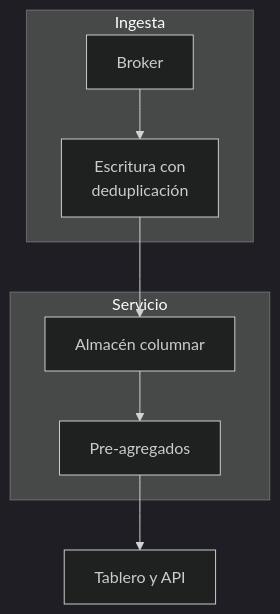
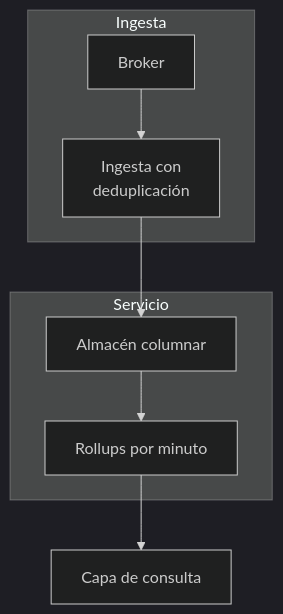
The third of 3 diagrams in content/architectures/real-time-analytics-architecture.md (fcp4891/de-knowledge-hub), drawn with Mermaid (dark theme) before and after one commit. The commit also changed other lines of this file and 13 other files, not shown here.

````diff
--- a/content/architectures/real-time-analytics-architecture.md
+++ b/content/architectures/real-time-analytics-architecture.md
@@ -157,15 +158,15 @@
 ```mermaid
 flowchart TB
   subgraph ING["Ingesta"]
     B["Broker"]
-    P["Escritura con<br/>deduplicación"]
+    P["Ingesta con<br/>deduplicación"]
   end
   subgraph SRV["Servicio"]
     A["Almacén columnar"]
-    M["Pre-agregados"]
+    M["Rollups por minuto"]
   end
   B --> P
   P --> A
   A --> M
-  M --> D["Tablero y API"]
+  M --> D["Capa de consulta"]
 ```
````
